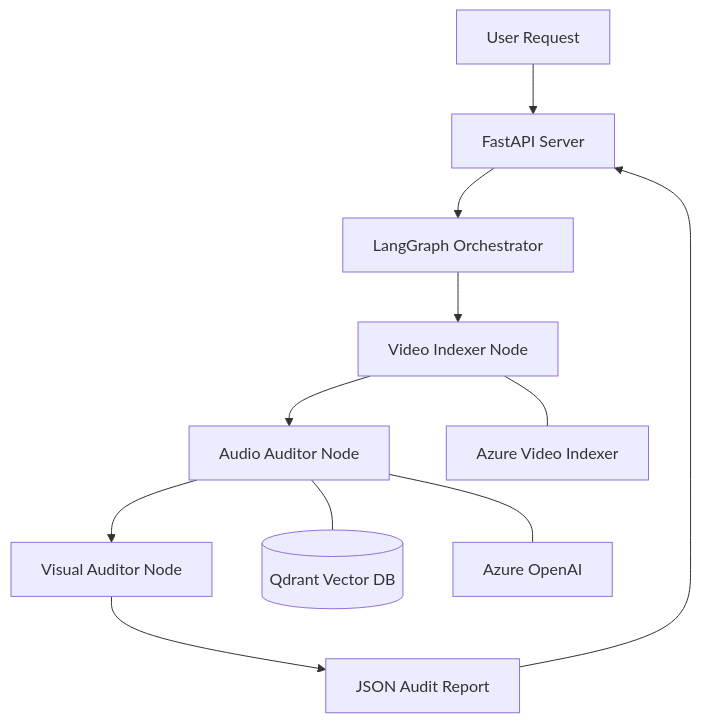
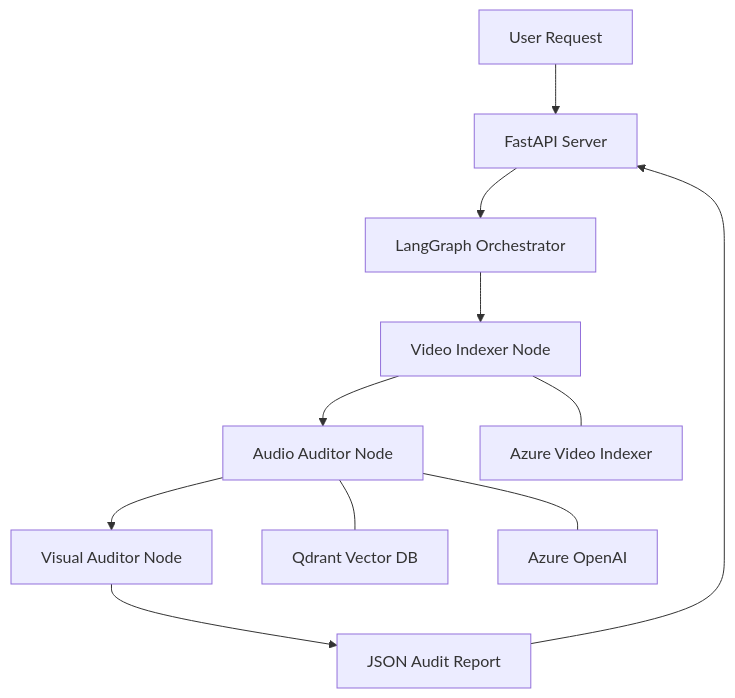
The first of 2 diagrams in PROJECT_DOCUMENTATION.md (aammss4444/LLMOPS-Multimodal), drawn with Mermaid before and after one commit. The commit also changed 1 other file, not shown here.

Commit message:
docs: use quoted strings in mermaid diagrams for ultra compatibility

````diff
--- a/PROJECT_DOCUMENTATION.md
+++ b/PROJECT_DOCUMENTATION.md
@@ -56,16 +56,16 @@
 ```mermaid
 graph TD
-    User[User Request] --> FastAPI[FastAPI Server]
-    FastAPI --> LG[LangGraph Orchestrator]
+    User["User Request"] --> FastAPI["FastAPI Server"]
+    FastAPI --> LG["LangGraph Orchestrator"]
     
-    LG --> Node1[Video Indexer Node]
-    Node1 --> Node2[Audio Auditor Node]
-    Node2 --> Node3[Visual Auditor Node]
+    LG --> Node1["Video Indexer Node"]
+    Node1 --> Node2["Audio Auditor Node"]
+    Node2 --> Node3["Visual Auditor Node"]
     
-    Node1 --- AVI[Azure Video Indexer]
-    Node2 --- Qdrant[(Qdrant Vector DB)]
-    Node2 --- GPT[Azure OpenAI]
+    Node1 --- AVI["Azure Video Indexer"]
+    Node2 --- Qdrant["Qdrant Vector DB"]
+    Node2 --- GPT["Azure OpenAI"]
     
-    Node3 --> Report[JSON Audit Report]
+    Node3 --> Report["JSON Audit Report"]
     Report --> FastAPI
 ```
````
